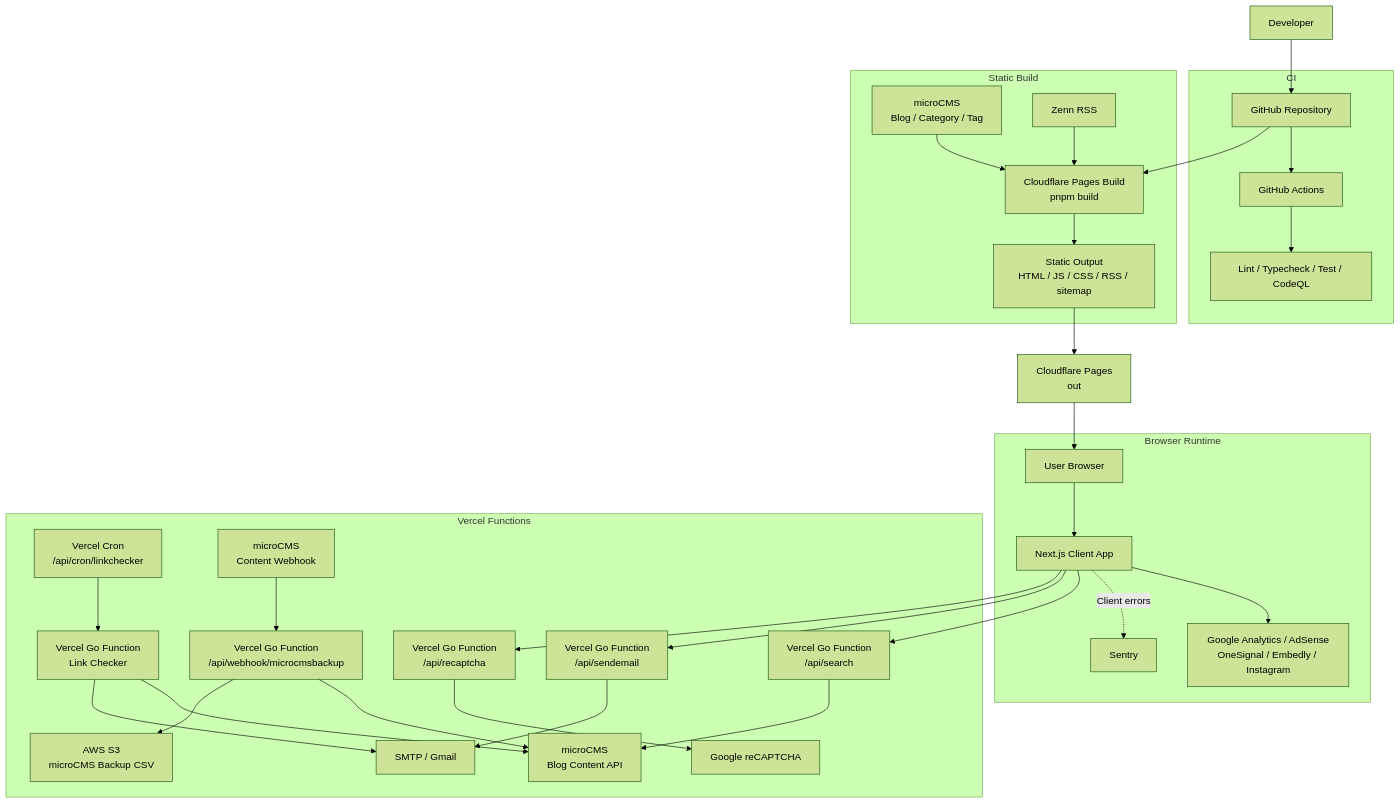
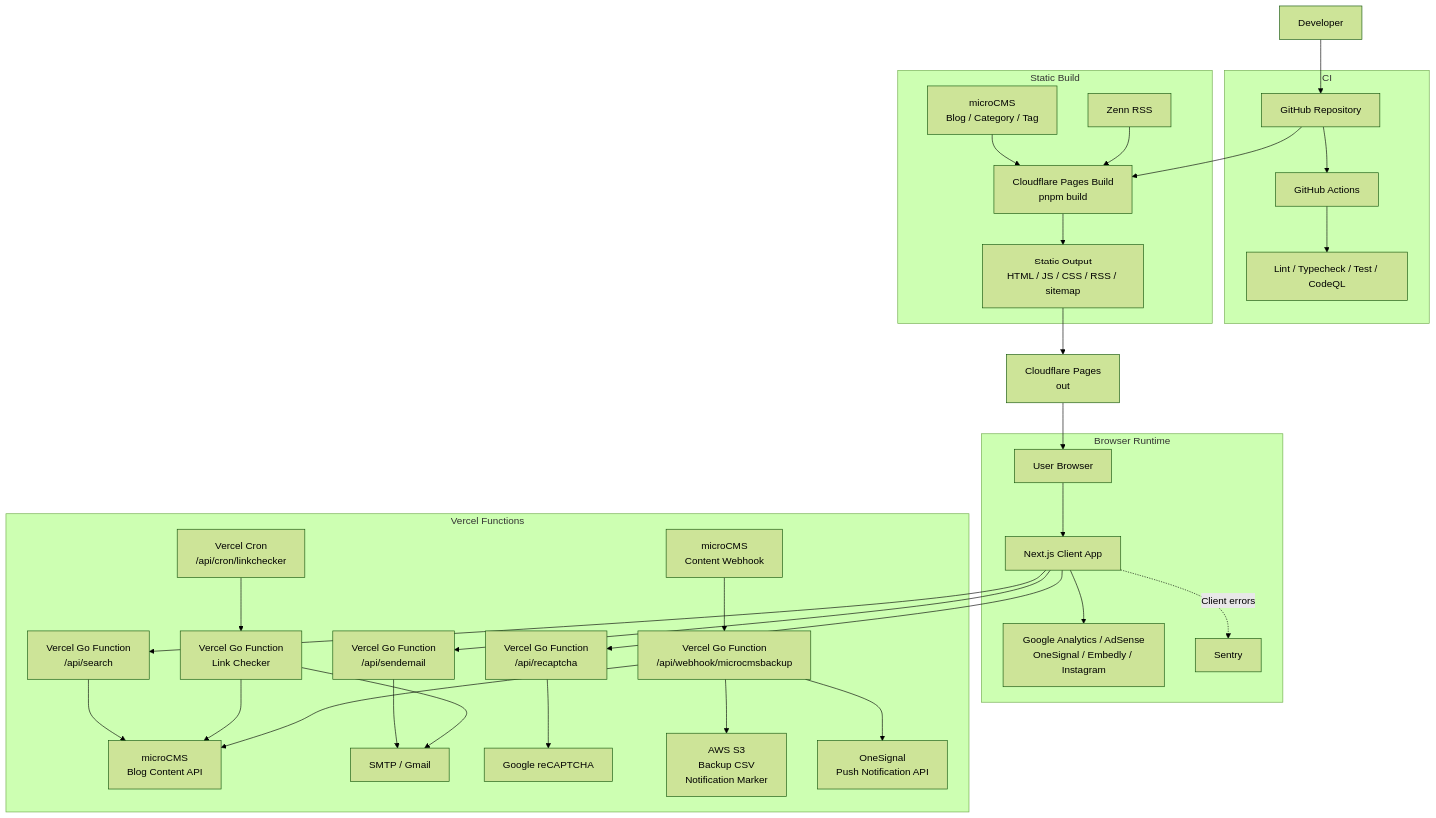
One commit to Arata1202/NextBlogApp changed the diagram in README.md. Above: the diagram before and after it, drawn with Mermaid (forest theme). The commit also changed 3 other files, not shown here.

Commit message:
feat: add OneSignal integration for push notifications on first publish

````diff
--- a/README.md
+++ b/README.md
@@ -79,40 +79,41 @@
 ```mermaid
 flowchart TB
   developer[Developer] --> github[GitHub Repository]
 
   subgraph ci[CI]
     github --> actions[GitHub Actions]
     actions --> quality[Lint / Typecheck / Test / CodeQL]
   end
 
   subgraph build[Static Build]
     github --> pagesBuild[Cloudflare Pages Build<br/>pnpm build]
     microcms[microCMS<br/>Blog / Category / Tag] --> pagesBuild
     zenn[Zenn RSS] --> pagesBuild
     pagesBuild --> generated[Static Output<br/>HTML / JS / CSS / RSS / sitemap]
   end
 
   generated --> pages[Cloudflare Pages<br/>out]
   pages --> browser[User Browser]
 
   subgraph runtime[Browser Runtime]
     browser --> app[Next.js Client App]
     app --> thirdParty[Google Analytics / AdSense<br/>OneSignal / Embedly / Instagram]
     app -. Client errors .-> sentry[Sentry]
   end
 
   subgraph vercelFunctions[Vercel Functions]
     app --> searchApi[Vercel Go Function<br/>/api/search]
     searchApi --> microcmsBlogContentApi[microCMS<br/>Blog Content API]
     app --> sendEmailApi[Vercel Go Function<br/>/api/sendemail]
     app --> recaptchaApi[Vercel Go Function<br/>/api/recaptcha]
     sendEmailApi --> smtp[SMTP / Gmail]
     recaptchaApi --> recaptcha[Google reCAPTCHA]
     cron[Vercel Cron<br/>/api/cron/linkchecker] --> linkcheckerApi[Vercel Go Function<br/>Link Checker]
     linkcheckerApi --> microcmsBlogContentApi
     linkcheckerApi --> smtp
     microcmsWebhook[microCMS<br/>Content Webhook] --> microcmsbackupApi[Vercel Go Function<br/>/api/webhook/microcmsbackup]
     microcmsbackupApi --> microcmsBlogContentApi
-    microcmsbackupApi --> s3[AWS S3<br/>microCMS Backup CSV]
+    microcmsbackupApi --> s3[AWS S3<br/>Backup CSV<br/>Notification Marker]
+    microcmsbackupApi --> oneSignalApi[OneSignal<br/>Push Notification API]
   end
 ```
````
